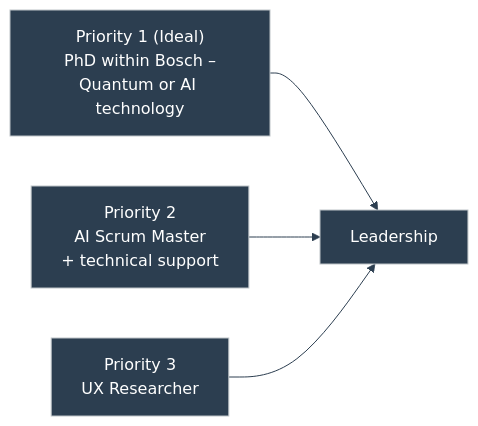
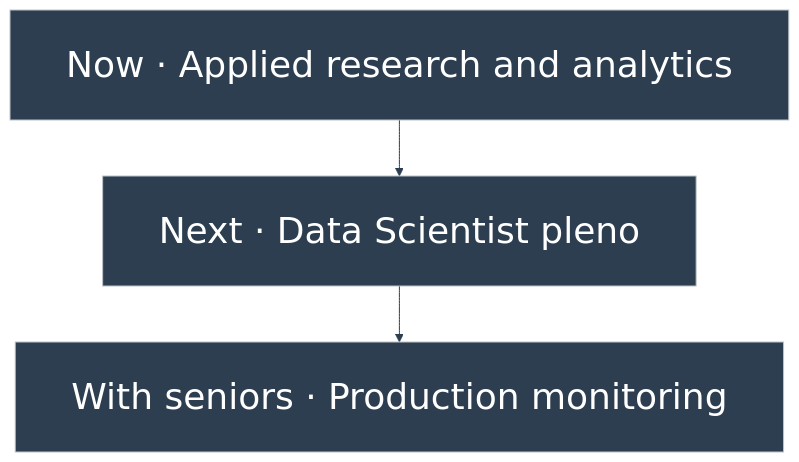
Before and after one commit to duducm2/my-personal-repo: diagram 14 of 15 in portfolio/mermaid/diagrams.md, drawn with Mermaid. The commit also changed other lines of this file and 47 other files, not shown here.

````diff
--- a/portfolio/mermaid/diagrams.md
+++ b/portfolio/mermaid/diagrams.md
@@ -239,11 +260,8 @@
 ```mermaid
-%%{init: {'theme': 'base', 'themeVariables': { 'primaryColor': '#2c3e50', 'primaryTextColor': '#fff', 'primaryBorderColor': '#bdc3c7', 'lineColor': '#2c3e50', 'fontFamily': 'Lato'}}}%%
-flowchart LR
-  P1["Priority 1 (Ideal)<br/>PhD within Bosch –<br/>Quantum or AI technology"]
-  P2["Priority 2<br/>AI Scrum Master<br/>+ technical support"]
-  P3["Priority 3<br/>UX Researcher"]
-  Lead["Leadership"]
-  P1 --> Lead
-  P2 --> Lead
-  P3 --> Lead
+%%{init: {'theme': 'base', 'themeVariables': { 'primaryColor': '#2c3e50', 'primaryTextColor': '#fff', 'primaryBorderColor': '#bdc3c7', 'lineColor': '#2c3e50', 'fontFamily': 'Lato', 'fontSize': '36px'}, 'flowchart': {'padding': 28, 'rankSpacing': 56, 'wrappingWidth': 900}}}%%
+flowchart TB
+  Now["Now · Applied research and analytics"]
+  Next["Next · Data Scientist pleno"]
+  Seniors["With seniors · Production monitoring"]
+  Now --> Next --> Seniors
 ```
````
